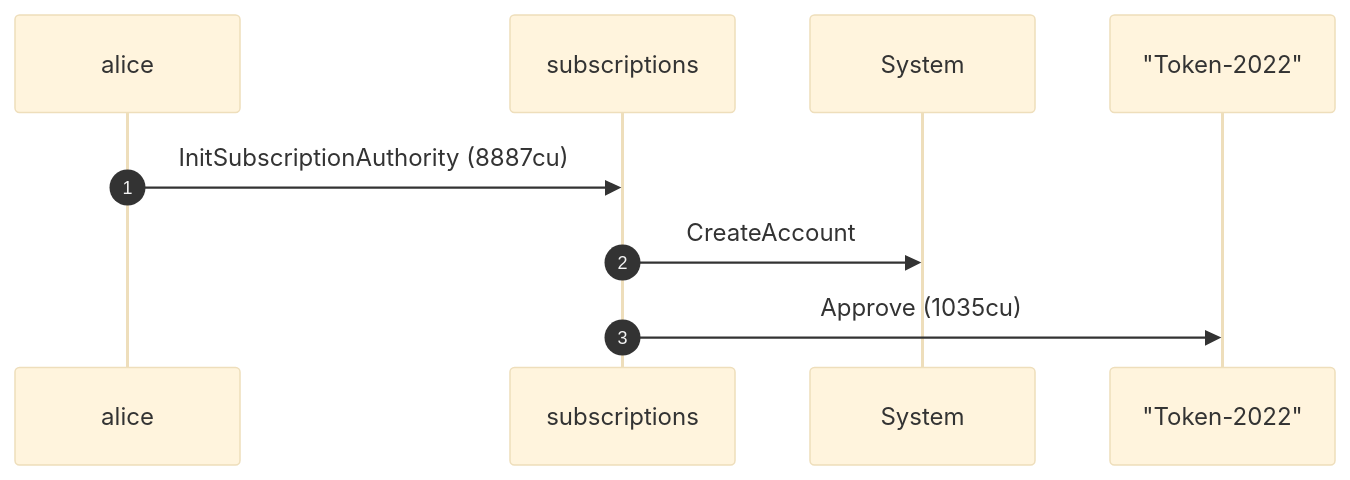
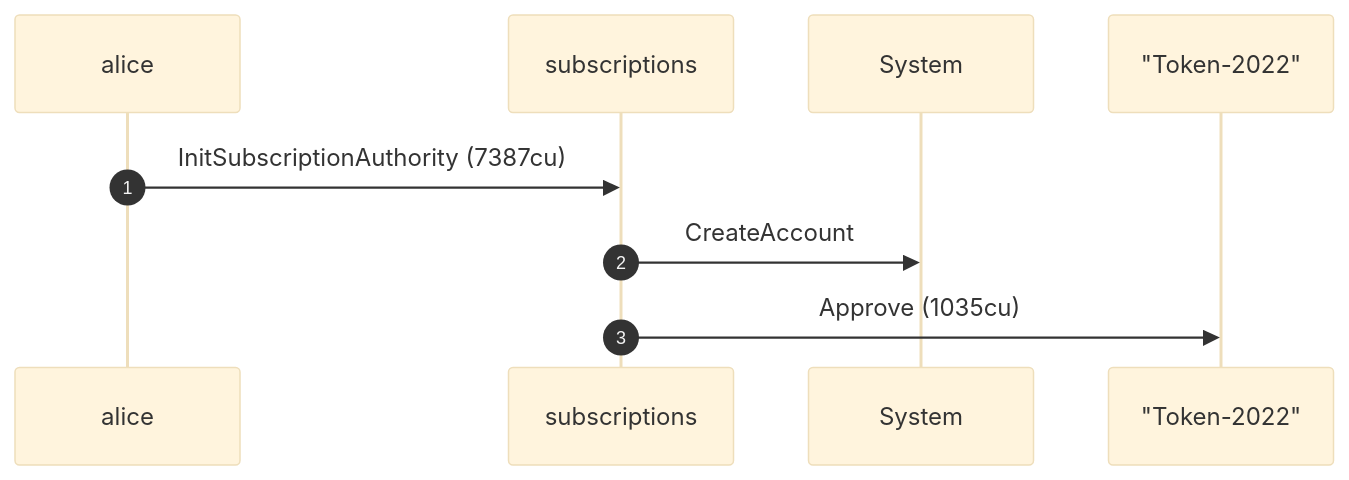
One commit to cds-rs/subscriptions changed the first of 4 diagrams in dsl_tests/initialize-over-a-token-2022-mint---mintcloseauthority--confidentialtransfermint--.md. Above: the diagram before and after it, drawn with Mermaid (base theme). The commit also changed other lines of this file and 224 other files, not shown here.

````diff
--- a/dsl_tests/initialize-over-a-token-2022-mint---mintcloseauthority--confidentialtransfermint--.md
+++ b/dsl_tests/initialize-over-a-token-2022-mint---mintcloseauthority--confidentialtransfermint--.md
@@ -24,11 +25,11 @@
 ```mermaid
 sequenceDiagram
     autonumber
     participant alice
     participant subscriptions
     participant System
     participant Token_2022 as "Token-2022"
-    alice ->> subscriptions: InitSubscriptionAuthority (8887cu)
+    alice ->> subscriptions: InitSubscriptionAuthority (7387cu)
     subscriptions ->> System: CreateAccount
     subscriptions ->> Token_2022: Approve (1035cu)
 ```
````
